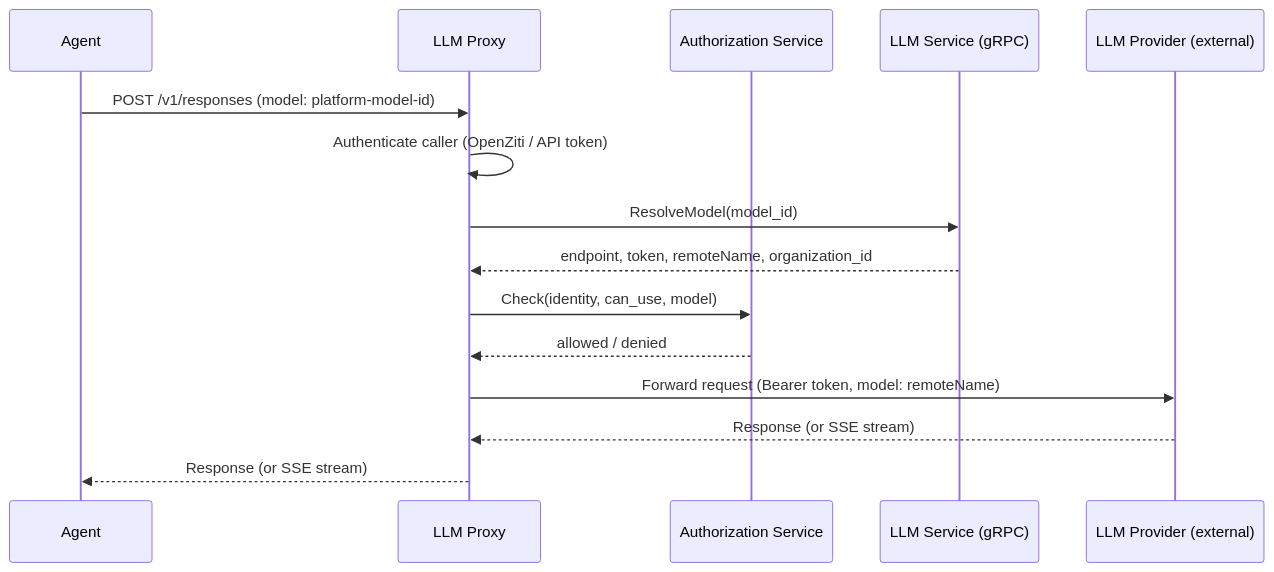
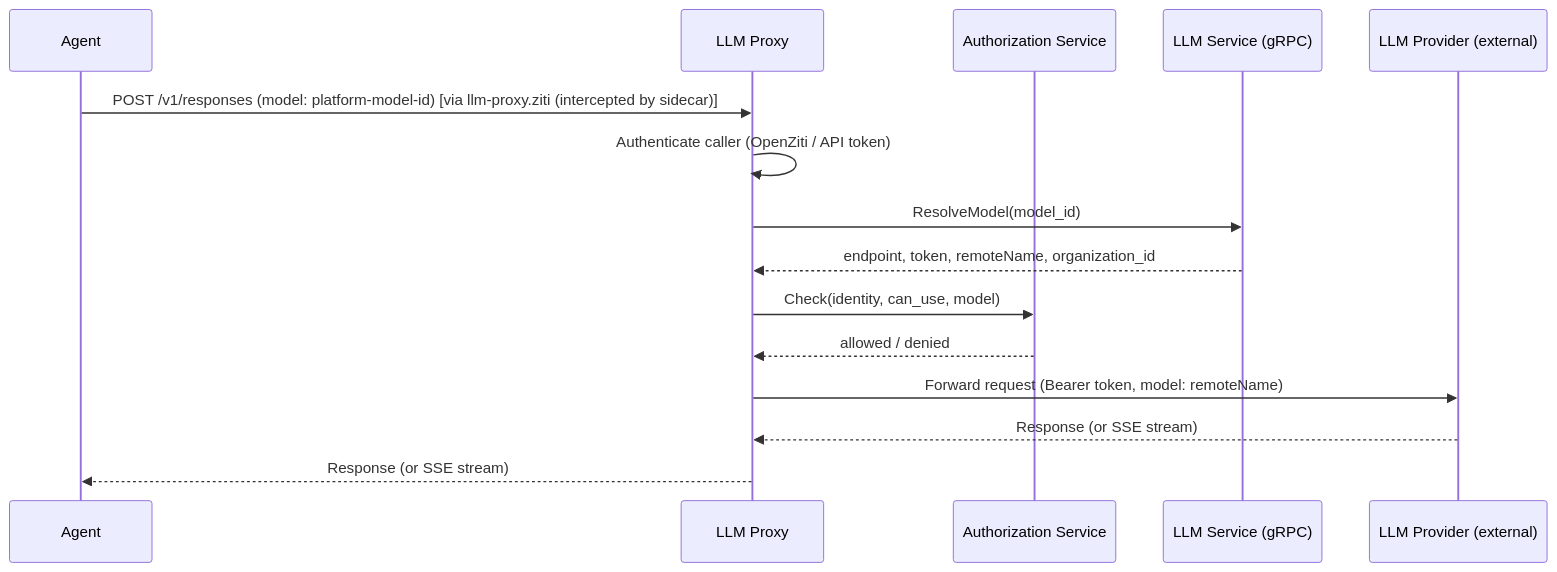
The diagram in architecture/llm-proxy.md (agynio/architecture), drawn with Mermaid before and after one commit. The commit also changed other lines of this file and 11 other files, not shown here.

First line of the commit message:
fix: agent containers use Ziti sidecar instead of embedded SDK (#83)

````diff
--- a/architecture/llm-proxy.md
+++ b/architecture/llm-proxy.md
@@ -56,18 +56,18 @@
 ```mermaid
 sequenceDiagram
     participant A as Agent
     participant P as LLM Proxy
     participant Auth as Authorization Service
     participant L as LLM Service (gRPC)
     participant E as LLM Provider (external)
 
-    A->>P: POST /v1/responses (model: platform-model-id)
+    A->>P: POST /v1/responses (model: platform-model-id) [via llm-proxy.ziti (intercepted by sidecar)]
     P->>P: Authenticate caller (OpenZiti / API token)
     P->>L: ResolveModel(model_id)
     L-->>P: endpoint, token, remoteName, organization_id
     P->>Auth: Check(identity, can_use, model)
     Auth-->>P: allowed / denied
     P->>E: Forward request (Bearer token, model: remoteName)
     E-->>P: Response (or SSE stream)
     P-->>A: Response (or SSE stream)
 ```
````
